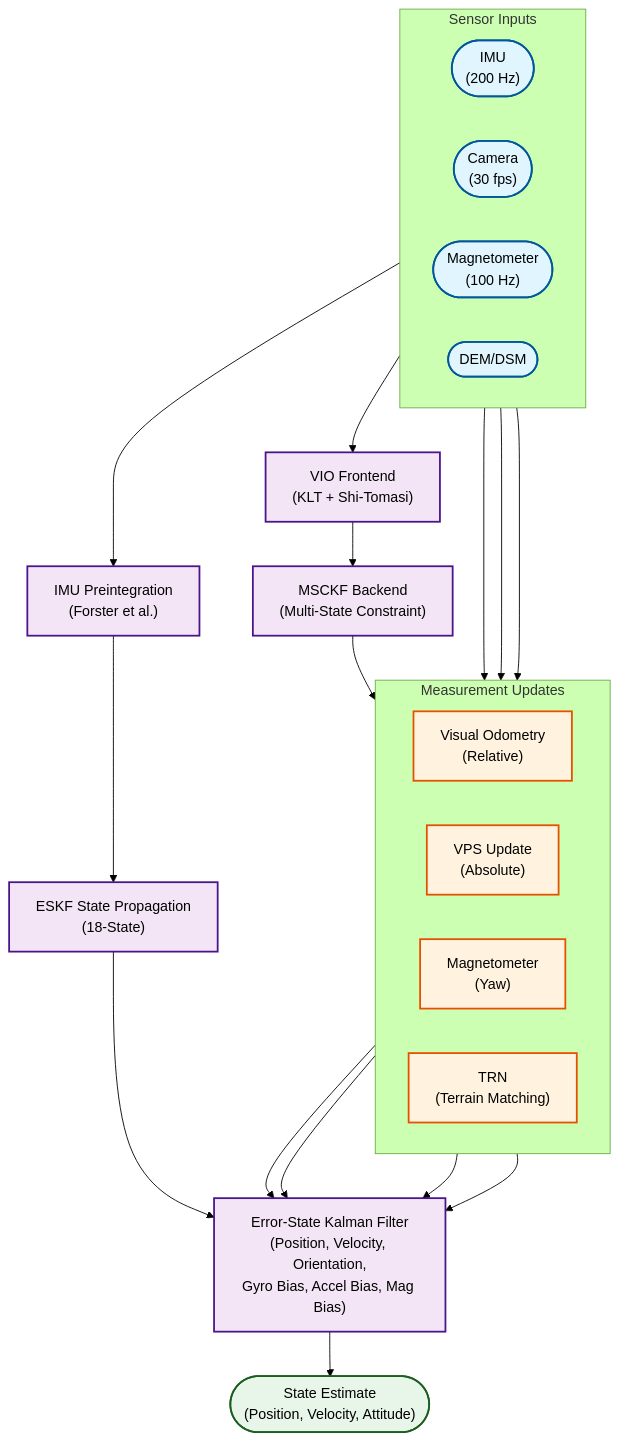
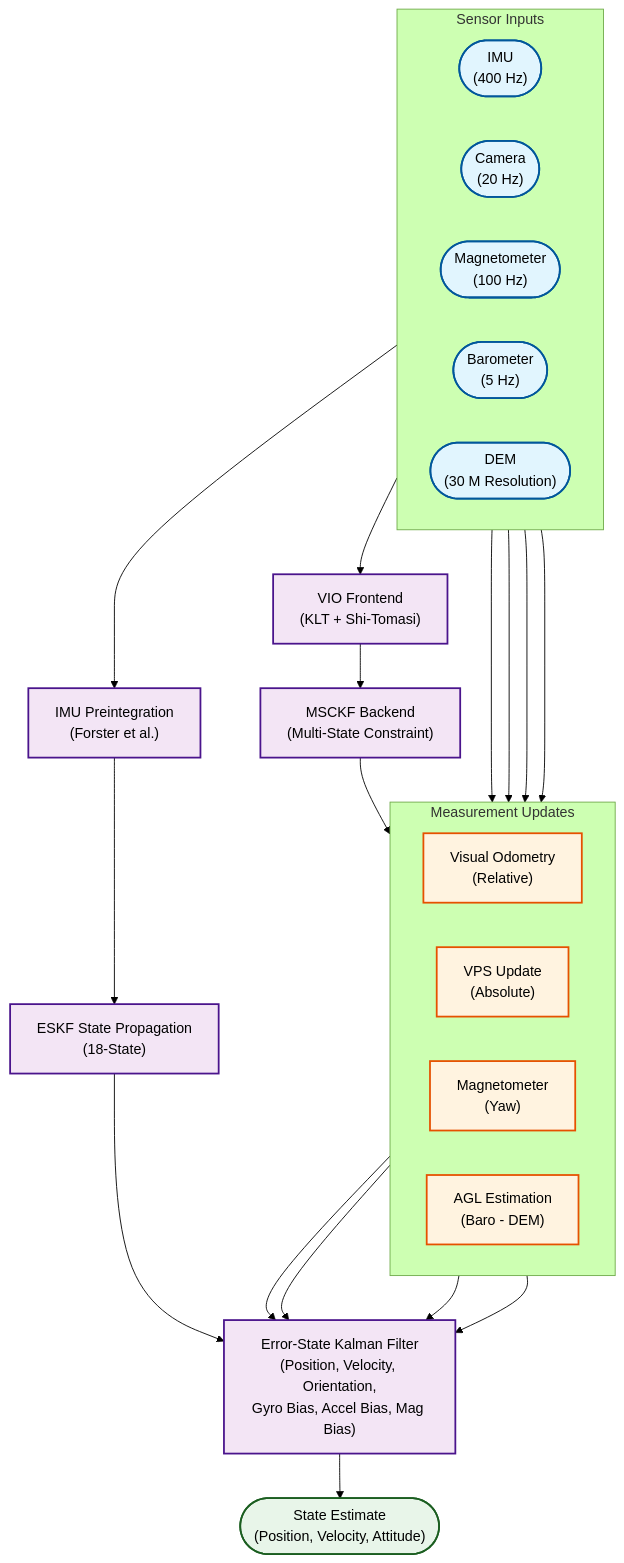
Before and after one commit to kritnipit-phetanan/kritnipit-phetanan.github.io: the diagram in _projects/3_uav_navigation.md, drawn with Mermaid (forest theme). The commit also changed other lines of this file and 3 other files, not shown here.

Commit message:
Update library project images to vertical layout, update TRN to AGL estimation

````diff
--- a/_projects/3_uav_navigation.md
+++ b/_projects/3_uav_navigation.md
@@ -29,48 +29,50 @@
 ```mermaid
 graph TD
     classDef input fill:#e1f5fe,stroke:#01579b,stroke-width:2px,color:#000000;
     classDef process fill:#f3e5f5,stroke:#4a148c,stroke-width:2px,color:#000000;
     classDef result fill:#e8f5e9,stroke:#1b5e20,stroke-width:2px,color:#000000;
     classDef update fill:#fff3e0,stroke:#e65100,stroke-width:2px,color:#000000;
 
     subgraph Sensors ["Sensor Inputs"]
         direction LR
-        A(["IMU<br/>(200 Hz)"]) 
-        B(["Camera<br/>(30 fps)"])
+        A(["IMU<br/>(400 Hz)"])
+        B(["Camera<br/>(20 Hz)"])
         C(["Magnetometer<br/>(100 Hz)"])
-        D(["DEM/DSM"])
+        D(["Barometer<br/>(5 Hz)"])
+        P(["DEM<br/>(30 M Resolution)"])
     end
     
     A --> E["IMU Preintegration<br/>(Forster et al.)"]
     E --> F["ESKF State Propagation<br/>(18-State)"]
     
     B --> G["VIO Frontend<br/>(KLT + Shi-Tomasi)"]
     G --> H["MSCKF Backend<br/>(Multi-State Constraint)"]
     
     subgraph Updates ["Measurement Updates"]
         direction LR
         I["Visual Odometry<br/>(Relative)"]
         J["VPS Update<br/>(Absolute)"]
         K["Magnetometer<br/>(Yaw)"]
-        L["TRN<br/>(Terrain Matching)"]
+        L["AGL Estimation<br/>(Baro - DEM)"]
     end
     
     H --> I
-    D --> J
+    P --> J
     C --> K
     D --> L
+    P --> L
     
     F --> M["Error-State Kalman Filter<br/>(Position, Velocity, Orientation,<br/>Gyro Bias, Accel Bias, Mag Bias)"]
     I --> M
     J --> M
     K --> M
     L --> M
     
     M --> N(["State Estimate<br/>(Position, Velocity, Attitude)"])
     
-    class A,B,C,D input;
+    class A,B,C,D,P input;
     class E,F,G,H process;
     class I,J,K,L update;
     class M process;
     class N result;
 ```
````
